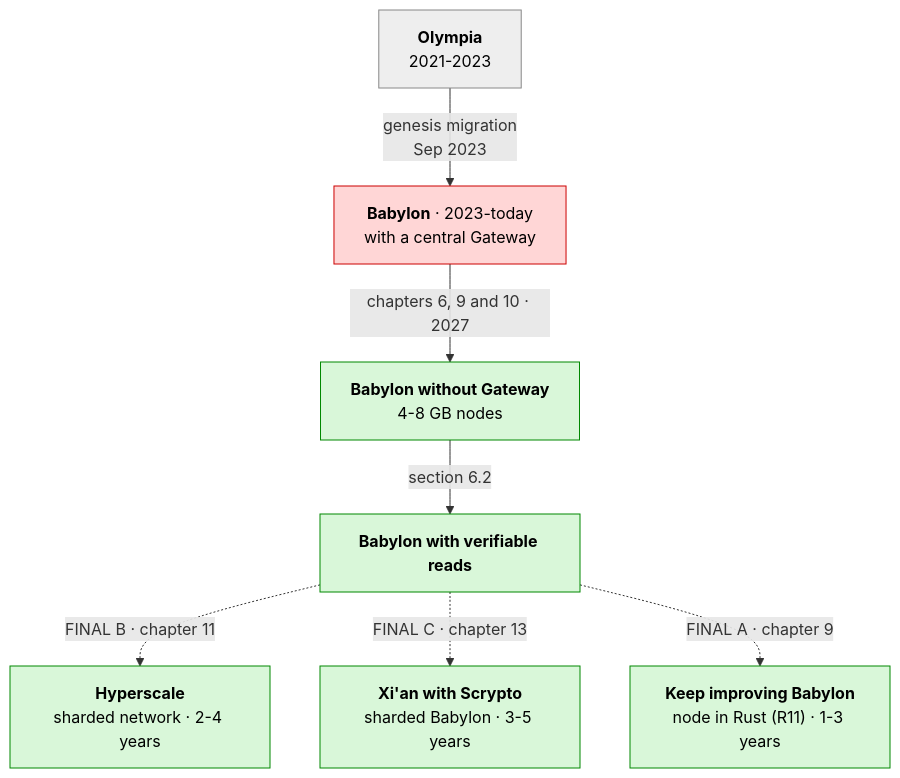
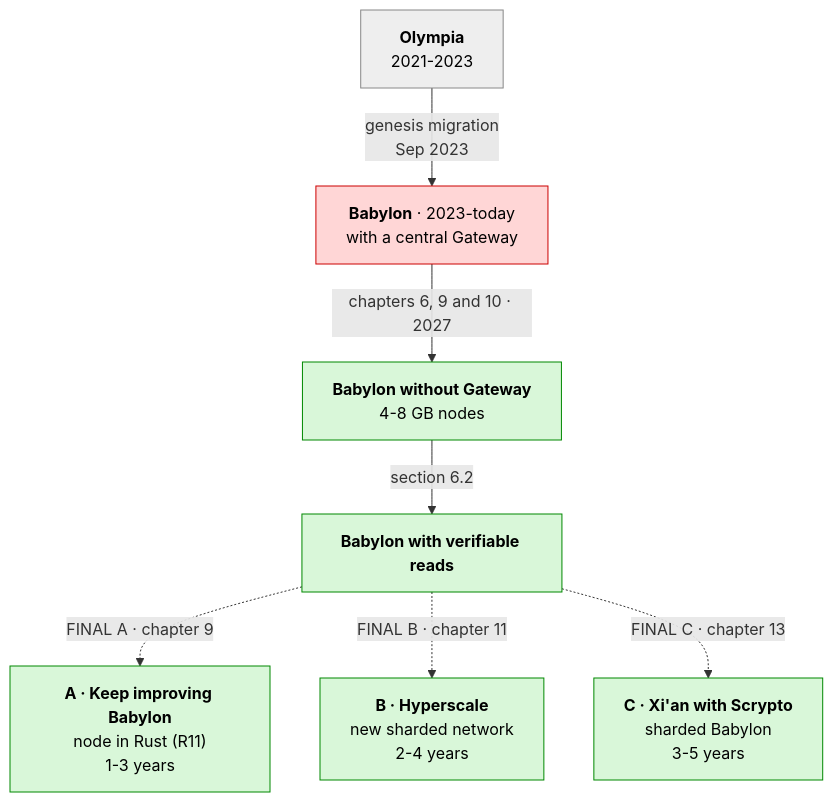
The first of 5 diagrams in docs/en/11-hyperscale-evolution.md (dazligth/radix-decentralization-roadmap), drawn with Mermaid before and after one commit. The commit also changed 5 other files, not shown here.

First line of the commit message:
Evolution diagram ordered A, B, C; flow diagrams for all three final stages

````diff
--- a/docs/en/11-hyperscale-evolution.md
+++ b/docs/en/11-hyperscale-evolution.md
@@ -37,15 +37,15 @@
 ```mermaid
 flowchart TB
     O["<b>Olympia</b><br/>2021-2023"] -->|"genesis migration<br/>Sep 2023"| B["<b>Babylon</b> · 2023-today<br/>with a central Gateway"]
     B -->|"chapters 6, 9 and 10 · 2027"| BS["<b>Babylon without Gateway</b><br/>4-8 GB nodes"]
     BS -->|"section 6.2"| BV["<b>Babylon with verifiable reads</b>"]
-    BV -.->|"FINAL B · chapter 11"| H["<b>Hyperscale</b><br/>sharded network · 2-4 years"]
+    BV -.->|"FINAL A · chapter 9"| A["<b>A · Keep improving Babylon</b><br/>node in Rust (R11)<br/>1-3 years"]
+    BV -.->|"FINAL B · chapter 11"| H["<b>B · Hyperscale</b><br/>new sharded network<br/>2-4 years"]
+    BV -.->|"FINAL C · chapter 13"| X["<b>C · Xi'an with Scrypto</b><br/>sharded Babylon<br/>3-5 years"]
     classDef old fill:#eeeeee,stroke:#888,color:#000
     classDef bad fill:#ffd6d6,stroke:#c00,color:#000
     classDef good fill:#d9f7d9,stroke:#080,color:#000
     class O old
     class B bad
-    BV -.->|"FINAL C · chapter 13"| X["<b>Xi'an with Scrypto</b><br/>sharded Babylon · 3-5 years"]
-    BV -.->|"FINAL A · chapter 9"| A["<b>Keep improving Babylon</b><br/>node in Rust (R11) · 1-3 years"]
-    class BS,BV,H,X,A good
+    class BS,BV,A,H,X good
 ```
````
